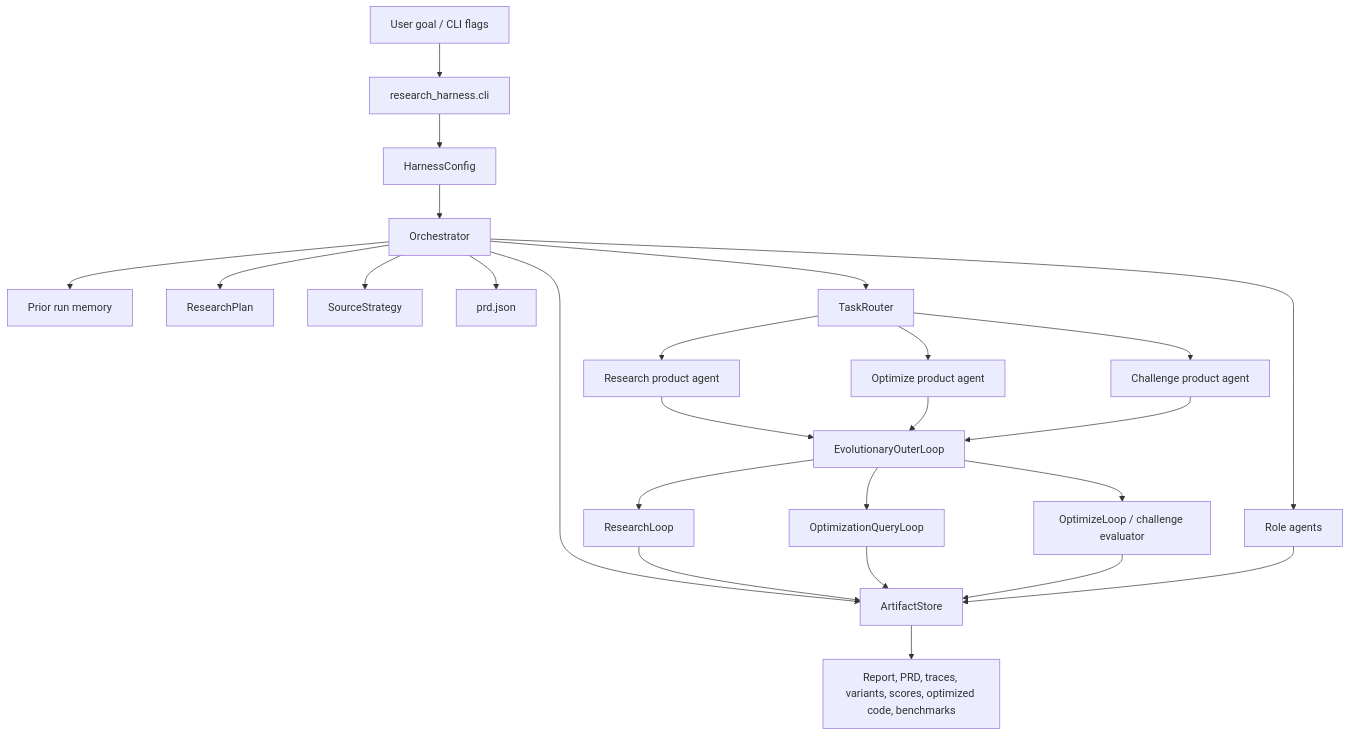
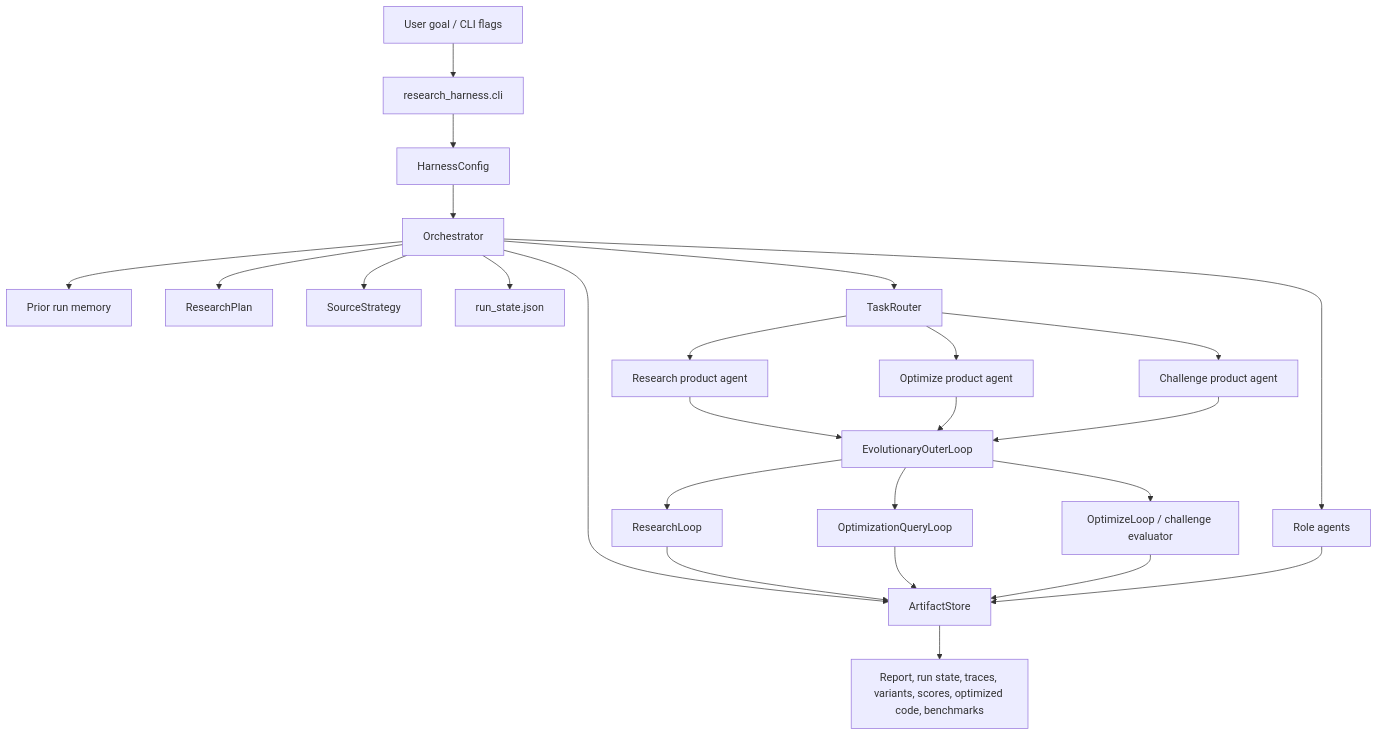
The first of 3 diagrams in docs/architecture.md (michaelzoub/research-agent), drawn with Mermaid before and after one commit. The commit also changed other lines of this file and 31 other files, not shown here.

````diff
--- a/docs/architecture.md
+++ b/docs/architecture.md
@@ -58,34 +58,34 @@
 ```mermaid
 flowchart TD
   user["User goal / CLI flags"] --> cli["research_harness.cli"]
   cli --> config["HarnessConfig"]
   config --> orch["Orchestrator"]
 
   orch --> prior["Prior run memory"]
   orch --> plan["ResearchPlan"]
   orch --> strategy["SourceStrategy"]
   orch --> store["ArtifactStore"]
-  orch --> prd["prd.json"]
+  orch --> state["run_state.json"]
   orch --> router["TaskRouter"]
 
   router --> research["Research product agent"]
   router --> optimize["Optimize product agent"]
   router --> challenge["Challenge product agent"]
 
   research --> evo["EvolutionaryOuterLoop"]
   optimize --> evo
   challenge --> evo
 
   evo --> inner_research["ResearchLoop"]
   evo --> inner_query["OptimizationQueryLoop"]
   evo --> inner_opt["OptimizeLoop / challenge evaluator"]
 
   inner_research --> store
   inner_query --> store
   inner_opt --> store
 
   orch --> roles["Role agents"]
   roles --> store
 
-  store --> outputs["Report, PRD, traces, variants, scores, optimized code, benchmarks"]
+  store --> outputs["Report, run state, traces, variants, scores, optimized code, benchmarks"]
 ```
````
